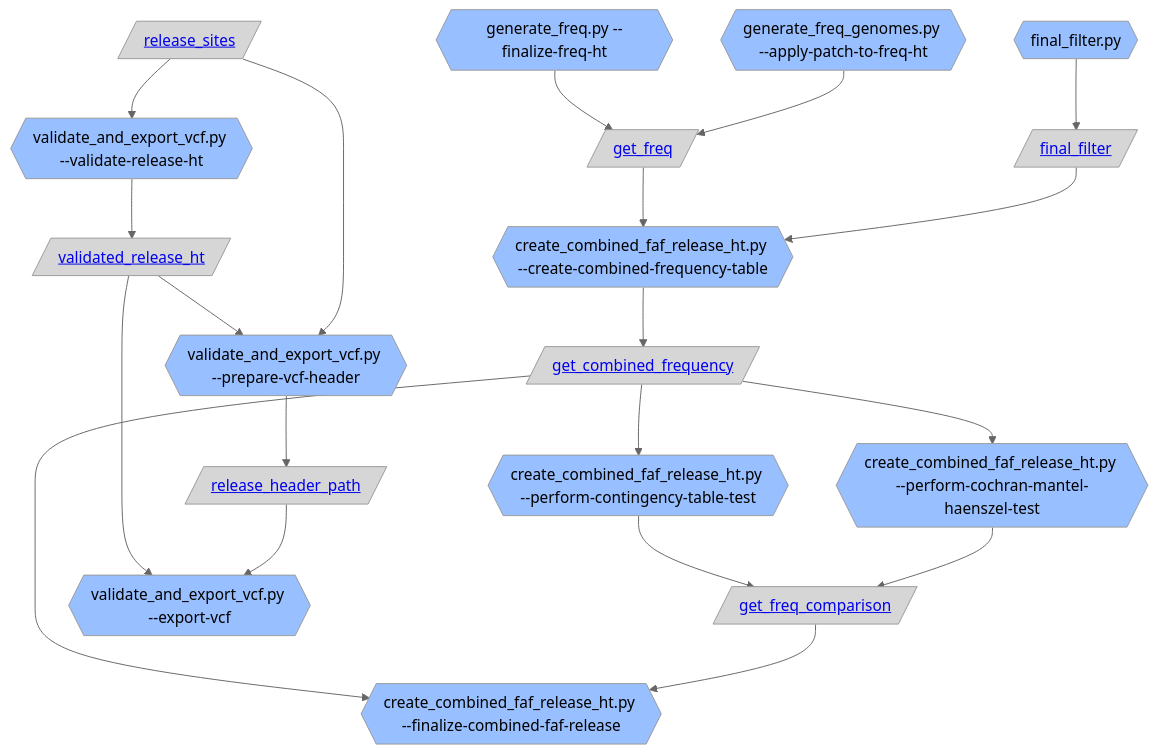
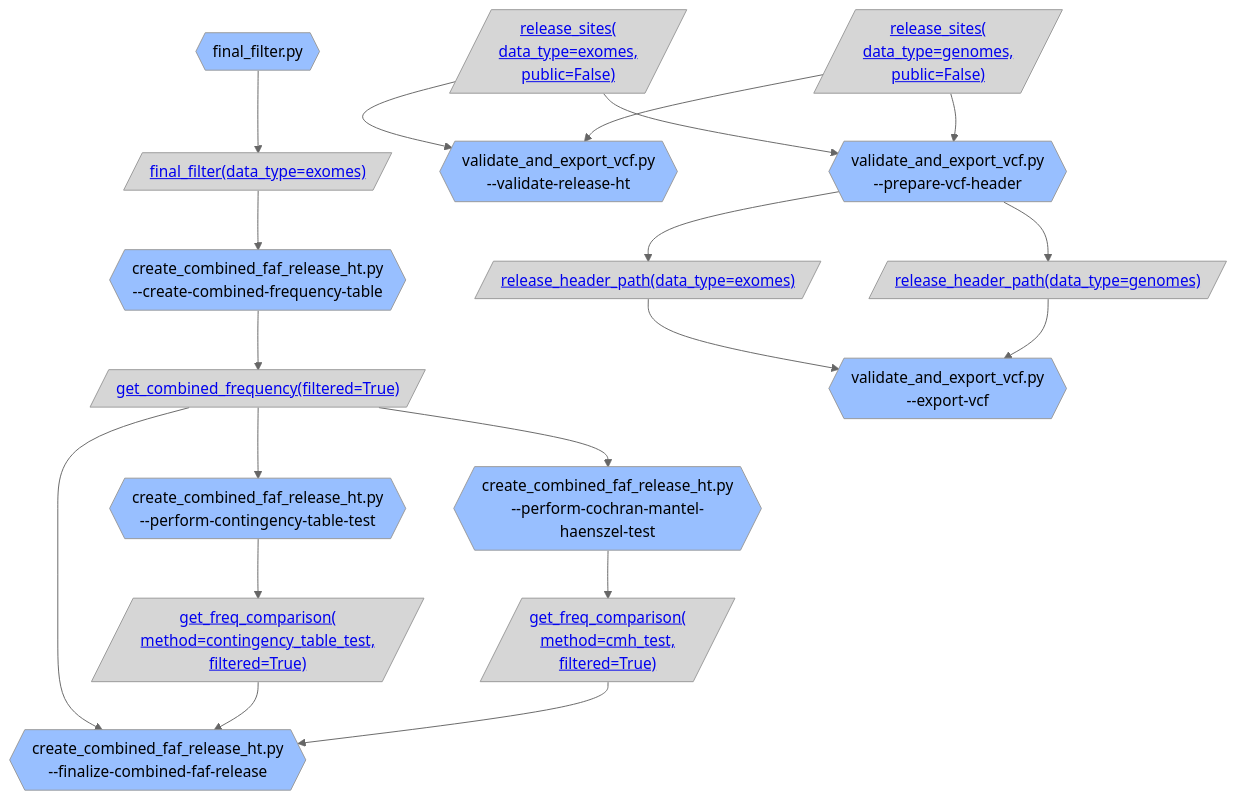
Before and after one commit to broadinstitute/gnomad_qc: the first of 3 diagrams in gnomad_qc/v4/create_release/README.md, drawn with Mermaid (neutral theme). The commit also changed other lines of this file and 3 other files, not shown here.

````diff
--- a/gnomad_qc/v4/create_release/README.md
+++ b/gnomad_qc/v4/create_release/README.md
@@ -2,47 +2,60 @@
 ```mermaid
 flowchart TB;
   classDef script_color fill:#2C5D4A,color:#000000
   classDef step_color fill:#98BFFF,color:#000000
   classDef func_color fill:#E0D5E6,color:#000000
   classDef gnomad_methods_color fill:#F9F2CE,color:#000000
   classDef hail_color fill:#FAEACE,color:#000000
   classDef resource_color fill:#D6D6D6,color:#000000
   classDef validity_check_color fill:#2C5D4A,color:#000000
 
-  step_finalize_freq_ht{{"generate_freq.py --finalize-freq-ht"}}:::step_color;
-  resource_get_freq[/"<a href='https://github.com/broadinstitute/gnomad_qc/tree/main/gnomad_qc/v4/resources/annotations.py#L284'>get_freq</a>"/]:::resource_color;
-  step_create_combined_frequency_table{{"create_combined_faf_release_ht.py --create-combined-frequency-table"}}:::step_color;
-  step_apply_patch_to_freq_ht{{"generate_freq_genomes.py --apply-patch-to-freq-ht"}}:::step_color;
   step_final_filter.py{{"final_filter.py"}}:::step_color;
-  resource_final_filter[/"<a href='https://github.com/broadinstitute/gnomad_qc/tree/main/gnomad_qc/v4/resources/variant_qc.py#L285'>final_filter</a>"/]:::resource_color;
-  resource_get_combined_frequency[/"<a href='https://github.com/broadinstitute/gnomad_qc/tree/main/gnomad_qc/v4/resources/annotations.py#L331'>get_combined_frequency</a>"/]:::resource_color;
-  step_perform_contingency_table_test{{"create_combined_faf_release_ht.py --perform-contingency-table-test"}}:::step_color;
-  step_finalize_combined_faf_release{{"create_combined_faf_release_ht.py --finalize-combined-faf-release"}}:::step_color;
-  resource_get_freq_comparison[/"<a href='https://github.com/broadinstitute/gnomad_qc/tree/main/gnomad_qc/v4/resources/annotations.py#L352'>get_freq_comparison</a>"/]:::resource_color;
-  step_perform_cochran_mantel_haenszel_test{{"create_combined_faf_release_ht.py --perform-cochran-mantel-haenszel-test"}}:::step_color;
-  resource_release_sites[/"<a href='https://github.com/broadinstitute/gnomad_qc/tree/main/gnomad_qc/v4/resources/release.py#L172'>release_sites</a>"/]:::resource_color;
-  step_validate_release_ht{{"validate_and_export_vcf.py --validate-release-ht"}}:::step_color;
-  resource_validated_release_ht[/"<a href='https://github.com/broadinstitute/gnomad_qc/tree/main/gnomad_qc/v4/resources/release.py#L384'>validated_release_ht</a>"/]:::resource_color;
-  step_prepare_vcf_header{{"validate_and_export_vcf.py --prepare-vcf-header"}}:::step_color;
-  step_export_vcf{{"validate_and_export_vcf.py --export-vcf"}}:::step_color;
-  resource_release_header_path[/"<a href='https://github.com/broadinstitute/gnomad_qc/tree/main/gnomad_qc/v4/resources/release.py#L229'>release_header_path</a>"/]:::resource_color;
-  step_finalize_freq_ht --> resource_get_freq;
-  resource_get_freq --> step_create_combined_frequency_table;
-  step_apply_patch_to_freq_ht --> resource_get_freq;
-  step_final_filter.py --> resource_final_filter;
-  resource_final_filter --> step_create_combined_frequency_table;
-  step_create_combined_frequency_table --> resource_get_combined_frequency;
-  resource_get_combined_frequency --> step_perform_contingency_table_test;
-  resource_get_combined_frequency --> step_finalize_combined_faf_release;
-  step_perform_contingency_table_test --> resource_get_freq_comparison;
-  resource_get_freq_comparison --> step_finalize_combined_faf_release;
-  step_perform_cochran_mantel_haenszel_test --> resource_get_freq_comparison;
-  resource_get_combined_frequency --> step_perform_cochran_mantel_haenszel_test;
-  resource_release_sites --> step_validate_release_ht;
-  step_validate_release_ht --> resource_validated_release_ht;
-  resource_validated_release_ht --> step_prepare_vcf_header;
-  resource_release_sites --> step_prepare_vcf_header;
-  resource_validated_release_ht --> step_export_vcf;
-  step_prepare_vcf_header --> resource_release_header_path;
-  resource_release_header_path --> step_export_vcf;
+  resource_final_filter_data_type_exomes[/"<a href='https://github.com/broadinstitute/gnomad_qc/tree/main/gnomad_qc/v4/resources/variant_qc.py#L285'>final_filter(data_type=exomes)</a>"/]:::resource_color;
+  step_create_combined_frequency_table{{"create_combined_faf_release_ht.py
+--create-combined-frequency-table"}}:::step_color;
+  resource_get_combined_frequency_filtered_True[/"<a href='https://github.com/broadinstitute/gnomad_qc/tree/main/gnomad_qc/v4/resources/annotations.py#L331'>get_combined_frequency(filtered=True)</a>"/]:::resource_color;
+  step_perform_contingency_table_test{{"create_combined_faf_release_ht.py
+--perform-contingency-table-test"}}:::step_color;
+  step_finalize_combined_faf_release{{"create_combined_faf_release_ht.py
+--finalize-combined-faf-release"}}:::step_color;
+  resource_get_freq_comparison_method_contingency_table_test_filtered_True[/"<a href='https://github.com/broadinstitute/gnomad_qc/tree/main/gnomad_qc/v4/resources/annotations.py#L352'>get_freq_comparison(
+method=contingency_table_test,
+filtered=True)</a>"/]:::resource_color;
+  step_perform_cochran_mantel_haenszel_test{{"create_combined_faf_release_ht.py
+--perform-cochran-mantel-haenszel-test"}}:::step_color;
+  resource_get_freq_comparison_method_cmh_test_filtered_True[/"<a href='https://github.com/broadinstitute/gnomad_qc/tree/main/gnomad_qc/v4/resources/annotations.py#L352'>get_freq_comparison(
+method=cmh_test,
+filtered=True)</a>"/]:::resource_color;
+  resource_release_sites_data_type_exomes_public_False[/"<a href='https://github.com/broadinstitute/gnomad_qc/tree/main/gnomad_qc/v4/resources/release.py#L172'>release_sites(
+data_type=exomes,
+public=False)</a>"/]:::resource_color;
+  step_validate_release_ht{{"validate_and_export_vcf.py
+--validate-release-ht"}}:::step_color;
+  resource_release_sites_data_type_genomes_public_False[/"<a href='https://github.com/broadinstitute/gnomad_qc/tree/main/gnomad_qc/v4/resources/release.py#L172'>release_sites(
+data_type=genomes,
+public=False)</a>"/]:::resource_color;
+  step_prepare_vcf_header{{"validate_and_export_vcf.py
+--prepare-vcf-header"}}:::step_color;
+  resource_release_header_path_data_type_exomes[/"<a href='https://github.com/broadinstitute/gnomad_qc/tree/main/gnomad_qc/v4/resources/release.py#L229'>release_header_path(data_type=exomes)</a>"/]:::resource_color;
+  step_export_vcf{{"validate_and_export_vcf.py
+--export-vcf"}}:::step_color;
+  resource_release_header_path_data_type_genomes[/"<a href='https://github.com/broadinstitute/gnomad_qc/tree/main/gnomad_qc/v4/resources/release.py#L229'>release_header_path(data_type=genomes)</a>"/]:::resource_color;
+  step_final_filter.py --> resource_final_filter_data_type_exomes;
+  resource_final_filter_data_type_exomes --> step_create_combined_frequency_table;
+  step_create_combined_frequency_table --> resource_get_combined_frequency_filtered_True;
+  resource_get_combined_frequency_filtered_True --> step_perform_contingency_table_test;
+  resource_get_combined_frequency_filtered_True --> step_finalize_combined_faf_release;
+  step_perform_contingency_table_test --> resource_get_freq_comparison_method_contingency_table_test_filtered_True;
+  resource_get_freq_comparison_method_contingency_table_test_filtered_True --> step_finalize_combined_faf_release;
+  step_perform_cochran_mantel_haenszel_test --> resource_get_freq_comparison_method_cmh_test_filtered_True;
+  resource_get_freq_comparison_method_cmh_test_filtered_True --> step_finalize_combined_faf_release;
+  resource_get_combined_frequency_filtered_True --> step_perform_cochran_mantel_haenszel_test;
+  resource_release_sites_data_type_exomes_public_False --> step_validate_release_ht;
+  resource_release_sites_data_type_genomes_public_False --> step_validate_release_ht;
+  resource_release_sites_data_type_exomes_public_False --> step_prepare_vcf_header;
+  resource_release_sites_data_type_genomes_public_False --> step_prepare_vcf_header;
+  step_prepare_vcf_header --> resource_release_header_path_data_type_exomes;
+  resource_release_header_path_data_type_exomes --> step_export_vcf;
+  step_prepare_vcf_header --> resource_release_header_path_data_type_genomes;
+  resource_release_header_path_data_type_genomes --> step_export_vcf;
 ```
````
